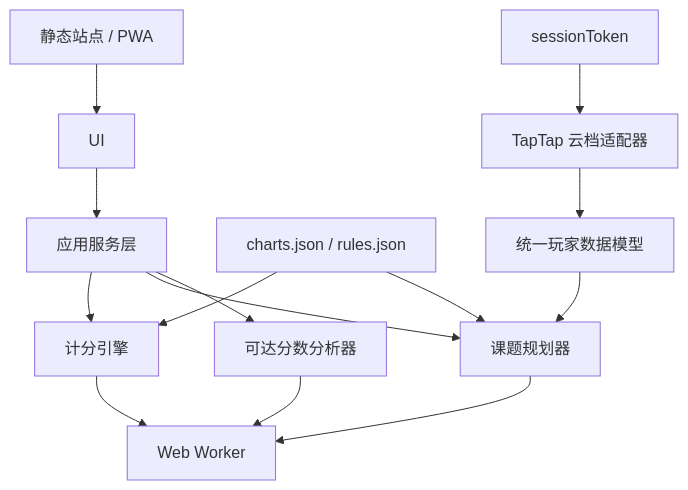
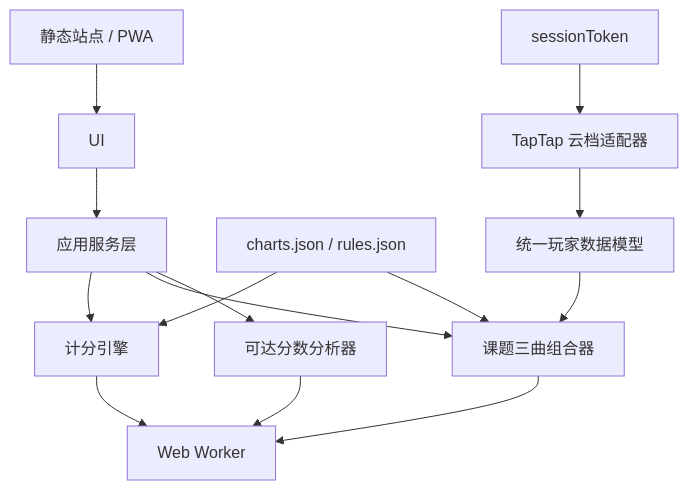
The diagram in docs/02-ARCHITECTURE.md (Stickerbug/PhiTarget), drawn with Mermaid before and after one commit. The commit also changed other lines of this file and 13 other files, not shown here.

````diff
--- a/docs/02-ARCHITECTURE.md
+++ b/docs/02-ARCHITECTURE.md
@@ -23,16 +23,16 @@
 ```mermaid
 flowchart TD
  A["静态站点 / PWA"] --> B["UI"]
  B --> C["应用服务层"]
  C --> D["计分引擎"]
- C --> E["课题规划器"]
+ C --> E["课题三曲组合器"]
  C --> F["可达分数分析器"]
  G["charts.json / rules.json"] --> D
  G --> E
  H["sessionToken"] --> I["TapTap 云档适配器"]
  I --> J["统一玩家数据模型"]
  J --> E
  D --> L["Web Worker"]
  E --> L
  F --> L
 ```
````
